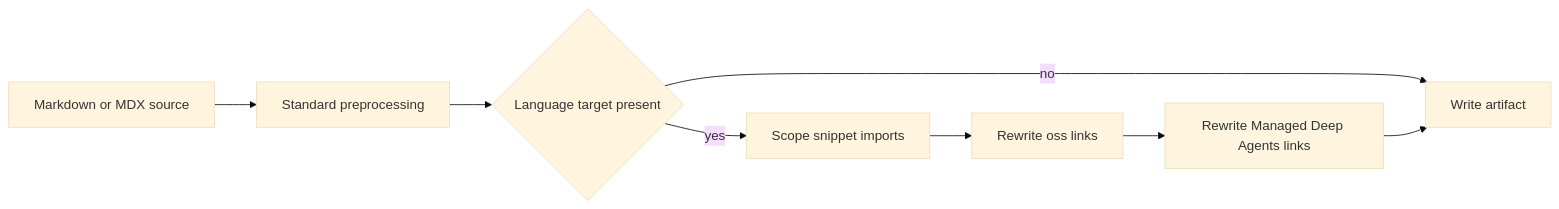
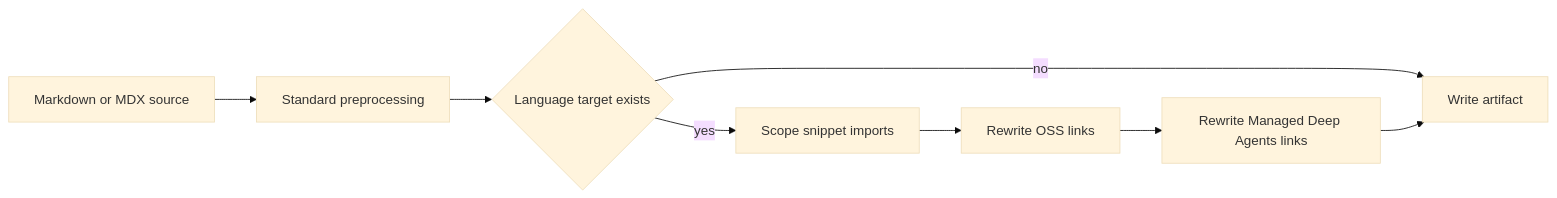
The second of 2 diagrams in openwiki/concepts/versioning.md (langchain-ai/docs), drawn with Mermaid (base theme) before and after one commit. The commit also changed other lines of this file and 11 other files, not shown here.

````diff
--- a/openwiki/concepts/versioning.md
+++ b/openwiki/concepts/versioning.md
@@ -83,10 +77,10 @@
 ```mermaid
 flowchart LR
     Input["Markdown or MDX source"] --> Prep["Standard preprocessing"]
-    Prep --> Target{"Language target present"}
+    Prep --> Target{"Language target exists"}
     Target -->|"yes"| Imports["Scope snippet imports"]
     Target -->|"no"| Output["Write artifact"]
-    Imports --> OssLinks["Rewrite oss links"]
+    Imports --> OssLinks["Rewrite OSS links"]
     OssLinks --> ManagedLinks["Rewrite Managed Deep Agents links"]
     ManagedLinks --> Output
 ```
````
